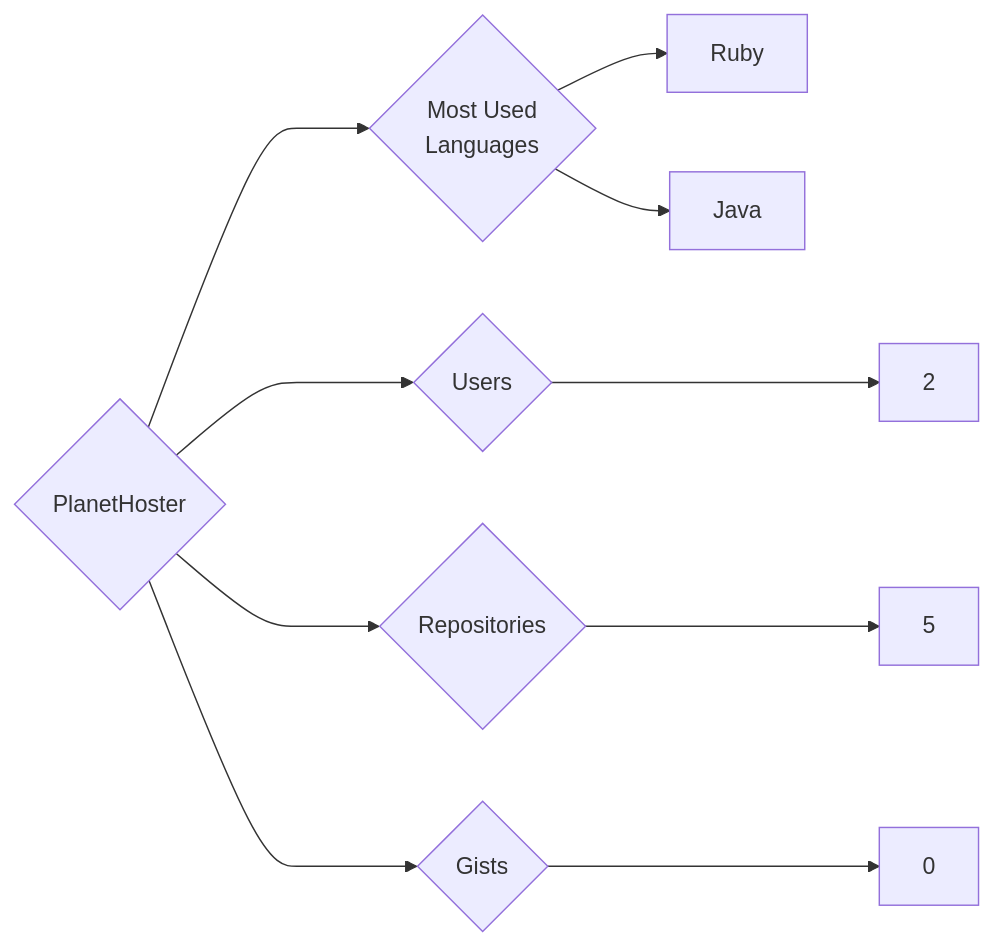
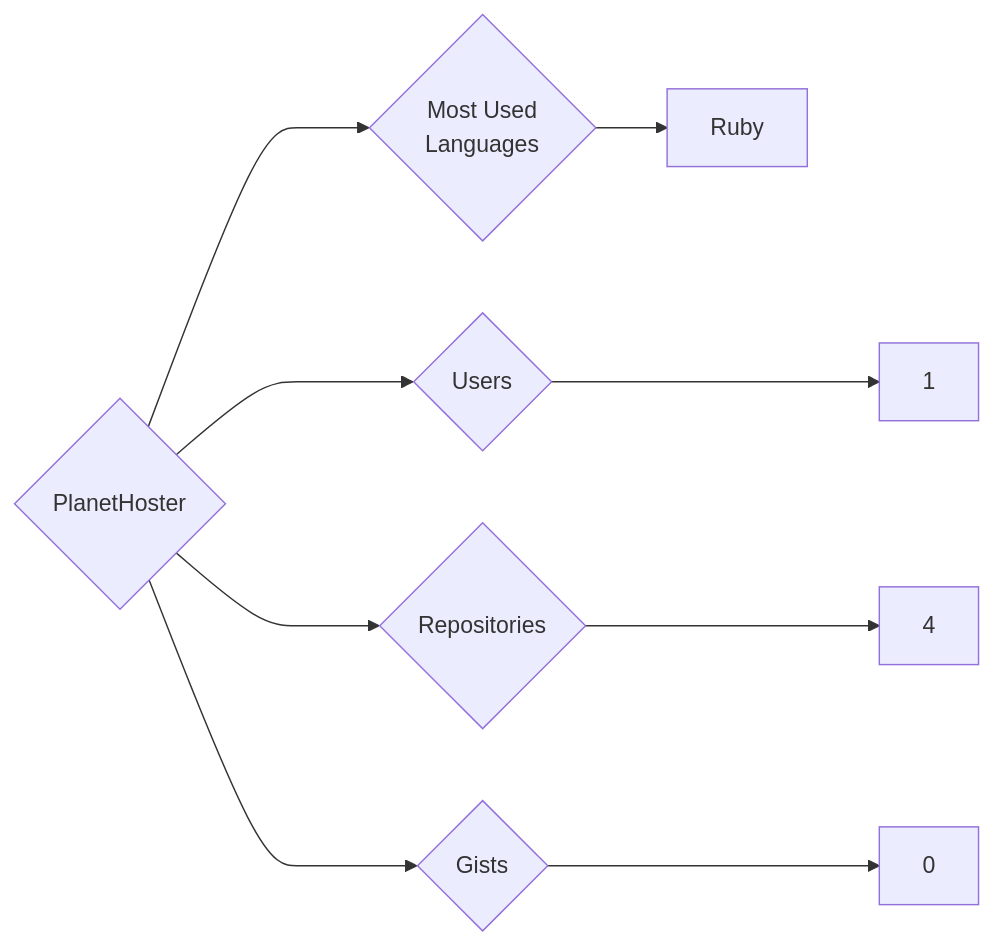
The diagram in targets/PlanetHoster/README.md (trickest/insiders), drawn with Mermaid before and after one commit. The commit also changed 920 other files, not shown here.

````diff
--- a/targets/PlanetHoster/README.md
+++ b/targets/PlanetHoster/README.md
@@ -3,10 +3,9 @@
 ```mermaid
 graph LR
 COMPANY_NAME{PlanetHoster}
-COMPANY_NAME ---> U{Users} ---> UN[2]
-COMPANY_NAME ---> R{Repositories} ---> RN[5]
+COMPANY_NAME ---> U{Users} ---> UN[1]
+COMPANY_NAME ---> R{Repositories} ---> RN[4]
 COMPANY_NAME ---> G{Gists} ---> GN[0]
 COMPANY_NAME ---> ML{Most Used<br>Languages}
 ML --> Ruby[Ruby]
-ML --> Java[Java]
 ```
````
